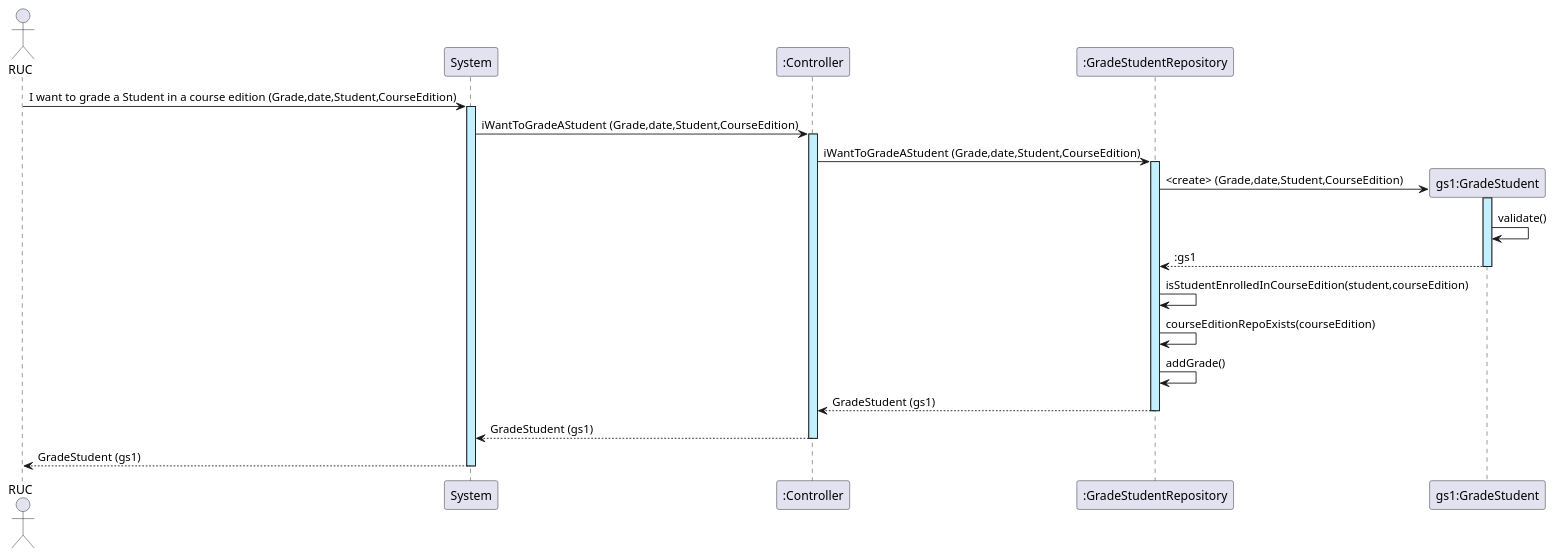
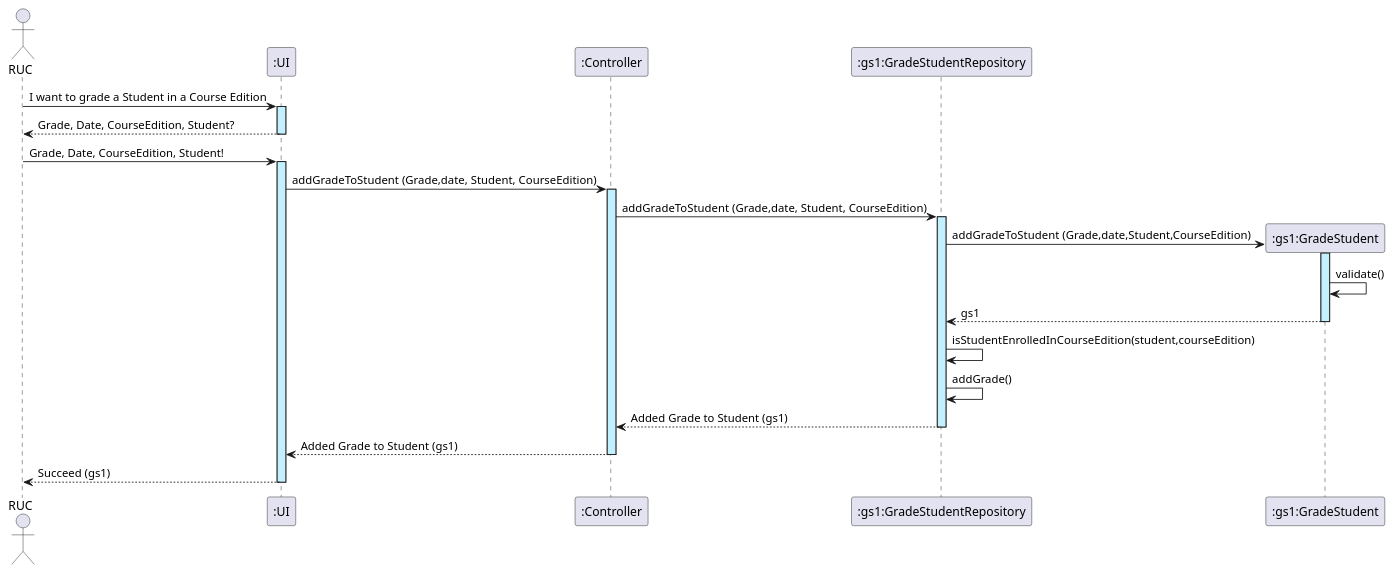
Before and after one commit to GasparISEP/DevOps-PAI: the diagram in docs/sequenceDiagrams/US22/US22_GradeAStudentInACourseEdition.puml, drawn with PlantUML.

Commit message:
-US22 Sequence Diagram Updated

```diff
--- a/docs/sequenceDiagrams/US22/US22_GradeAStudentInACourseEdition.puml
+++ b/docs/sequenceDiagrams/US22/US22_GradeAStudentInACourseEdition.puml
@@ -1,27 +1,26 @@
 @startuml
 actor RUC
-participant "System" as UI
+participant ":UI" as UI
 participant ":Controller" as ctr
-participant ":GradeStudentRepository" as GR
+participant ":gs1:GradeStudentRepository" as GR
 
+RUC -> UI ++ #application: I want to grade a Student in a Course Edition
+UI --> RUC --: Grade, Date, CourseEdition, Student?
+RUC -> UI ++ #application: Grade, Date, CourseEdition, Student!
+UI -> ctr ++ #application : addGradeToStudent (Grade,date, Student, CourseEdition)
+ctr -> GR ++ #application : addGradeToStudent (Grade,date, Student, CourseEdition)
 
+create ":gs1:GradeStudent" as gs
+GR -> gs ++ #application : addGradeToStudent (Grade,date,Student,CourseEdition)
+gs -> gs : validate()
+gs --> GR -- : gs1
 
-RUC -> UI ++ #application : I want to grade a Student in a course edition (Grade,date,Student,CourseEdition)
-UI -> ctr ++ #application : iWantToGradeAStudent (Grade,date,Student,CourseEdition)
-ctr -> GR ++ #application : iWantToGradeAStudent (Grade,date,Student,CourseEdition)
+GR -> GR : isStudentEnrolledInCourseEdition(student,courseEdition)
 
-
-create "gs1:GradeStudent" as gs
-GR -> gs ++ #application : <create> (Grade,date,Student,CourseEdition)
-gs -> gs : validate()
-gs --> GR -- : :gs1
-GR -> GR : isStudentEnrolledInCourseEdition(student,courseEdition)
-GR -> GR : courseEditionRepoExists(courseEdition)
 GR -> GR : addGrade()
 
+GR --> ctr --: Added Grade to Student (gs1)
+ctr --> UI --: Added Grade to Student (gs1)
+UI --> RUC --: Succeed (gs1)
 
-
-GR --> ctr --: GradeStudent (gs1)
-ctr --> UI --: GradeStudent (gs1)
-UI --> RUC --: GradeStudent (gs1)
 @enduml
```
